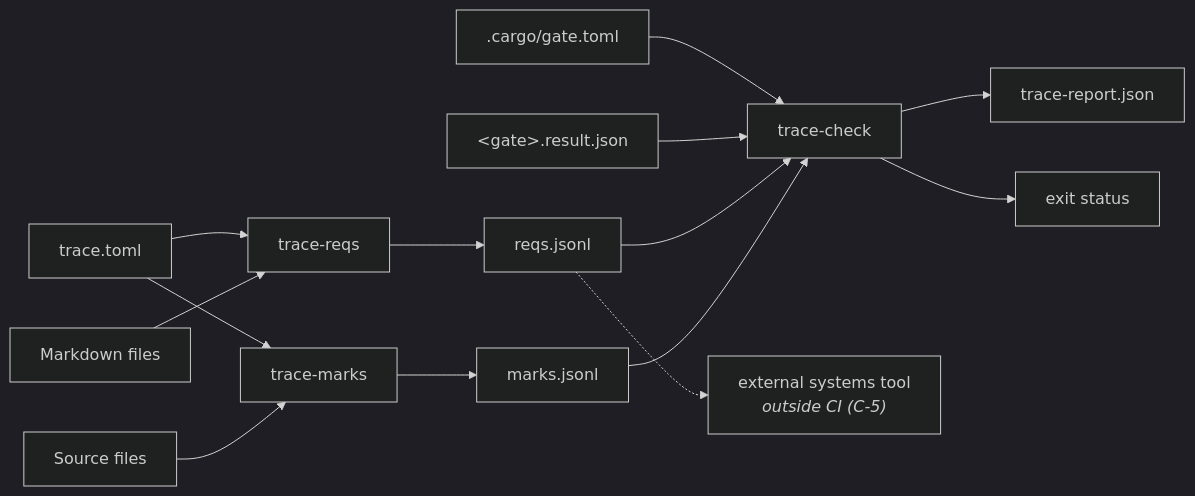
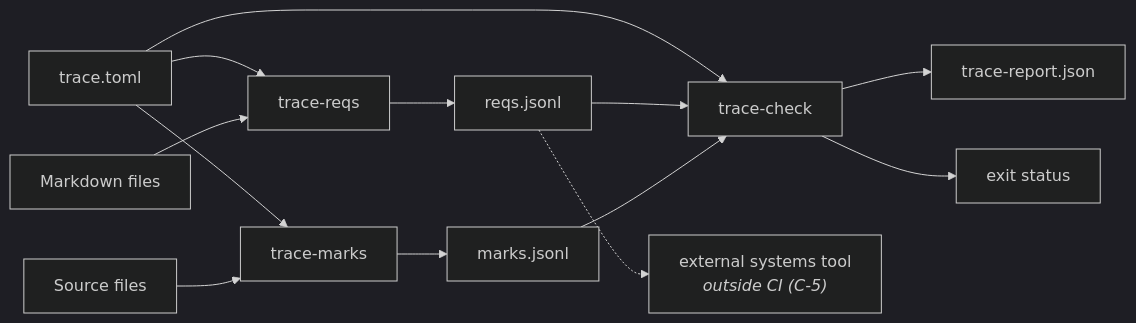
One commit to Dyse-Industries/control-rs changed the first of 2 diagrams in documentation/vv/requirement-traceability-design.md. Above: the diagram before and after it, drawn with Mermaid (dark theme). The commit also changed other lines of this file and 4 other files, not shown here.

````diff
--- a/documentation/vv/requirement-traceability-design.md
+++ b/documentation/vv/requirement-traceability-design.md
@@ -211,16 +240,15 @@
 ```mermaid
 flowchart LR
     Cfg["trace.toml"] --> TR
+    Cfg --> TM
+    Cfg --> TC
     Docs["Markdown files"] --> TR["trace-reqs"]
     TR --> RJ["reqs.jsonl"]
-    Cfg --> TM
     Src["Source files"] --> TM["trace-marks"]
     TM --> MJ["marks.jsonl"]
-    Gates[".cargo/gate.toml"] --> TC
-    Res["&lt;gate&gt;.result.json"] --> TC["trace-check"]
-    RJ --> TC
+    RJ --> TC["trace-check"]
     MJ --> TC
     TC --> Rep["trace-report.json"]
     TC --> Exit["exit status"]
     RJ -.-> Ext["external systems tool<br/><i>outside CI (C-5)</i>"]
 ```
````
